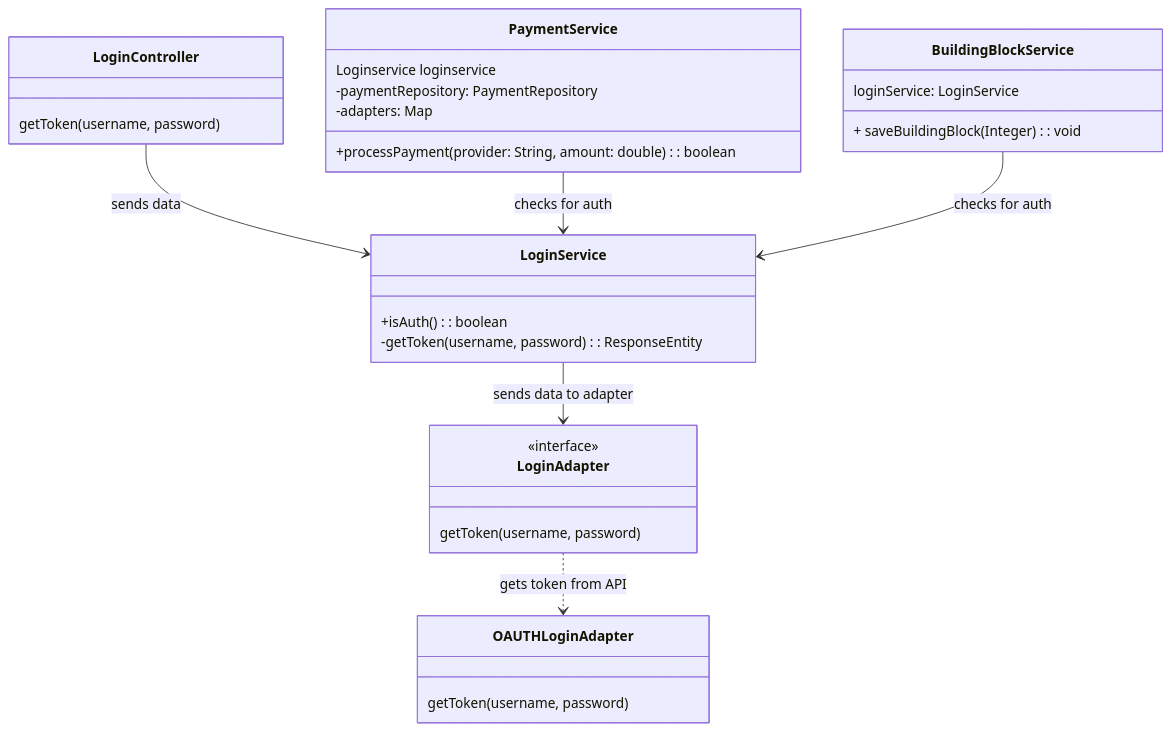
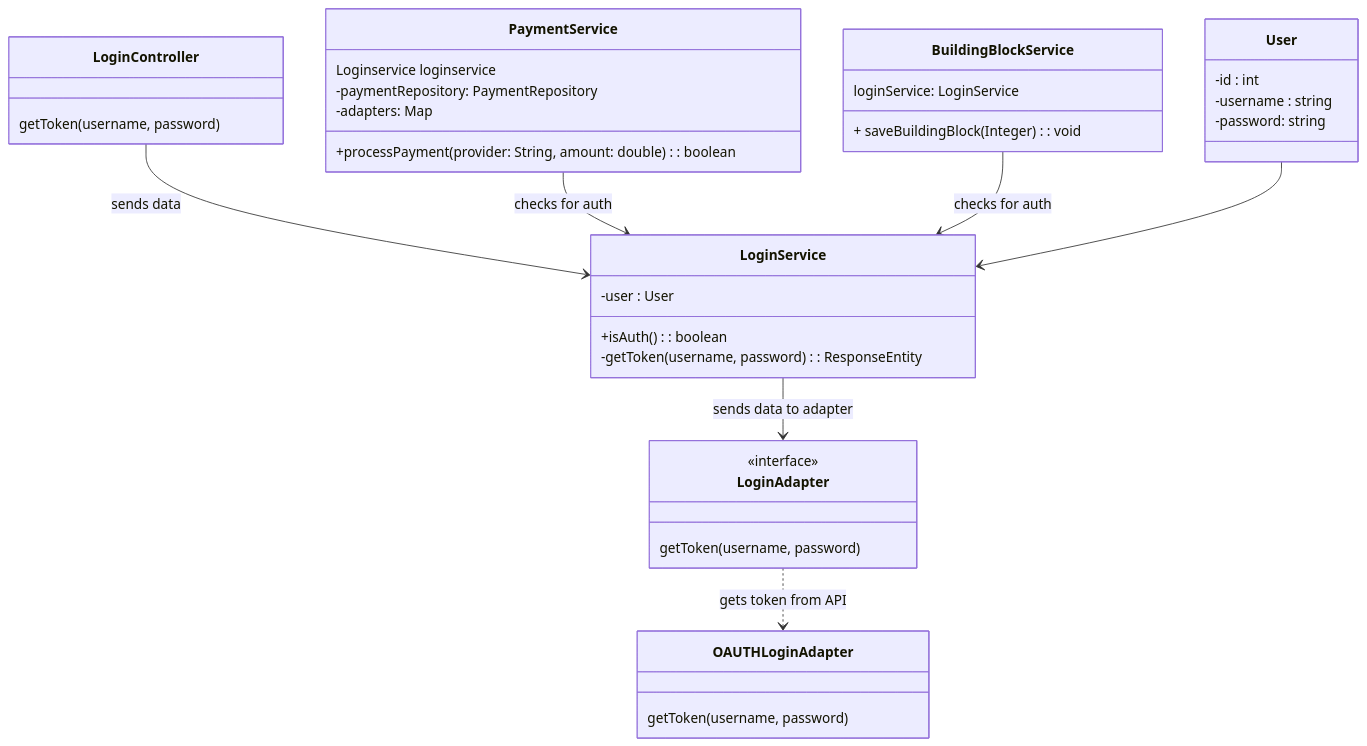
One commit to AIM-ENE-feb25/triptop-inshallahboys changed the diagram in Week2/Presentatie/klassendiagrammen/klassendiagram-inloggen.md. Above: the diagram before and after it, drawn with Mermaid.

Commit message:
User toegevoegd aan klassendiagram

````diff
--- a/Week2/Presentatie/klassendiagrammen/klassendiagram-inloggen.md
+++ b/Week2/Presentatie/klassendiagrammen/klassendiagram-inloggen.md
@@ -1,41 +1,49 @@
 ```mermaid
 classDiagram
+
+class User {
+    -id : int
+    -username : string
+    -password: string
+}
 
 class LoginController{
     getToken(username, password)
 }
 
 class LoginService{
+    -user : User
     +isAuth() : boolean
     -getToken(username, password) : ResponseEntity<String>
 }
 
 class LoginAdapter{
     <<interface>>
     getToken(username, password)
 }
 
 class OAUTHLoginAdapter{
     getToken(username, password)
 }
 
 
 class PaymentService {
     Loginservice loginservice
     +processPayment(provider: String, amount: double): boolean
     -paymentRepository: PaymentRepository
     -adapters: Map<String, PaymentAdapter>
 }
 
 class BuildingBlockService {
     loginService: LoginService
     + saveBuildingBlock(Integer): void
 }
 
 LoginController --> LoginService : sends data
 LoginService --> LoginAdapter : sends data to adapter
 LoginAdapter ..> OAUTHLoginAdapter : gets token from API
 PaymentService --> LoginService : checks for auth
 BuildingBlockService --> LoginService : checks for auth
+User --> LoginService
 
 ```
````
